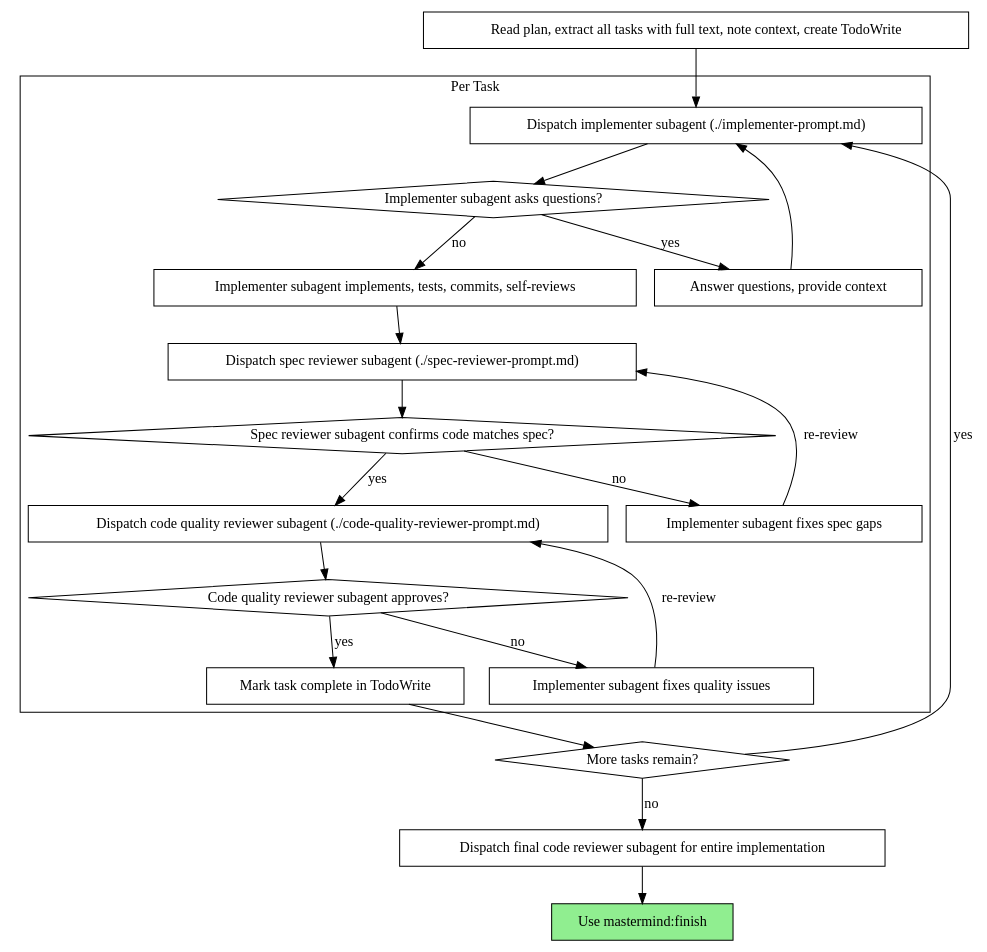
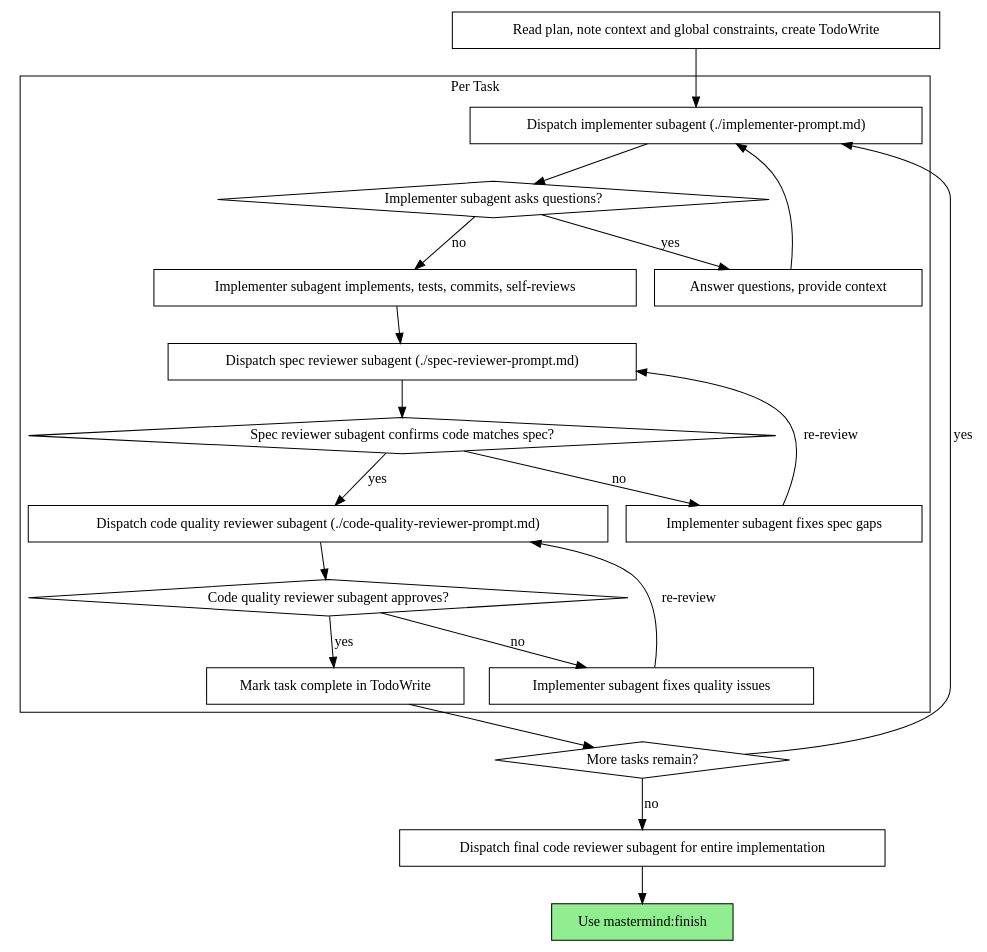
One commit to monoes/monomind changed the second of 2 diagrams in .claude/skills/mastermind-skills/taskdev.md. Above: the diagram before and after it, drawn with Graphviz. The commit also changed other lines of this file and 9 other files, not shown here.

First line of the commit message:
fix(mastermind): align taskdev prompt templates and examples with file-handoff flow

````diff
--- a/.claude/skills/mastermind-skills/taskdev.md
+++ b/.claude/skills/mastermind-skills/taskdev.md
@@ -61,44 +61,44 @@
 ```dot
 digraph process {
     rankdir=TB;
 
     subgraph cluster_per_task {
         label="Per Task";
         "Dispatch implementer subagent (./implementer-prompt.md)" [shape=box];
         "Implementer subagent asks questions?" [shape=diamond];
         "Answer questions, provide context" [shape=box];
         "Implementer subagent implements, tests, commits, self-reviews" [shape=box];
         "Dispatch spec reviewer subagent (./spec-reviewer-prompt.md)" [shape=box];
         "Spec reviewer subagent confirms code matches spec?" [shape=diamond];
         "Implementer subagent fixes spec gaps" [shape=box];
         "Dispatch code quality reviewer subagent (./code-quality-reviewer-prompt.md)" [shape=box];
         "Code quality reviewer subagent approves?" [shape=diamond];
         "Implementer subagent fixes quality issues" [shape=box];
         "Mark task complete in TodoWrite" [shape=box];
     }
 
-    "Read plan, extract all tasks with full text, note context, create TodoWrite" [shape=box];
+    "Read plan, note context and global constraints, create TodoWrite" [shape=box];
     "More tasks remain?" [shape=diamond];
     "Dispatch final code reviewer subagent for entire implementation" [shape=box];
     "Use mastermind:finish" [shape=box style=filled fillcolor=lightgreen];
 
-    "Read plan, extract all tasks with full text, note context, create TodoWrite" -> "Dispatch implementer subagent (./implementer-prompt.md)";
+    "Read plan, note context and global constraints, create TodoWrite" -> "Dispatch implementer subagent (./implementer-prompt.md)";
     "Dispatch implementer subagent (./implementer-prompt.md)" -> "Implementer subagent asks questions?";
     "Implementer subagent asks questions?" -> "Answer questions, provide context" [label="yes"];
     "Answer questions, provide context" -> "Dispatch implementer subagent (./implementer-prompt.md)";
     "Implementer subagent asks questions?" -> "Implementer subagent implements, tests, commits, self-reviews" [label="no"];
     "Implementer subagent implements, tests, commits, self-reviews" -> "Dispatch spec reviewer subagent (./spec-reviewer-prompt.md)";
     "Dispatch spec reviewer subagent (./spec-reviewer-prompt.md)" -> "Spec reviewer subagent confirms code matches spec?";
     "Spec reviewer subagent confirms code matches spec?" -> "Implementer subagent fixes spec gaps" [label="no"];
     "Implementer subagent fixes spec gaps" -> "Dispatch spec reviewer subagent (./spec-reviewer-prompt.md)" [label="re-review"];
     "Spec reviewer subagent confirms code matches spec?" -> "Dispatch code quality reviewer subagent (./code-quality-reviewer-prompt.md)" [label="yes"];
     "Dispatch code quality reviewer subagent (./code-quality-reviewer-prompt.md)" -> "Code quality reviewer subagent approves?";
     "Code quality reviewer subagent approves?" -> "Implementer subagent fixes quality issues" [label="no"];
     "Implementer subagent fixes quality issues" -> "Dispatch code quality reviewer subagent (./code-quality-reviewer-prompt.md)" [label="re-review"];
     "Code quality reviewer subagent approves?" -> "Mark task complete in TodoWrite" [label="yes"];
     "Mark task complete in TodoWrite" -> "More tasks remain?";
     "More tasks remain?" -> "Dispatch implementer subagent (./implementer-prompt.md)" [label="yes"];
     "More tasks remain?" -> "Dispatch final code reviewer subagent for entire implementation" [label="no"];
     "Dispatch final code reviewer subagent for entire implementation" -> "Use mastermind:finish";
 }
 ```
````
